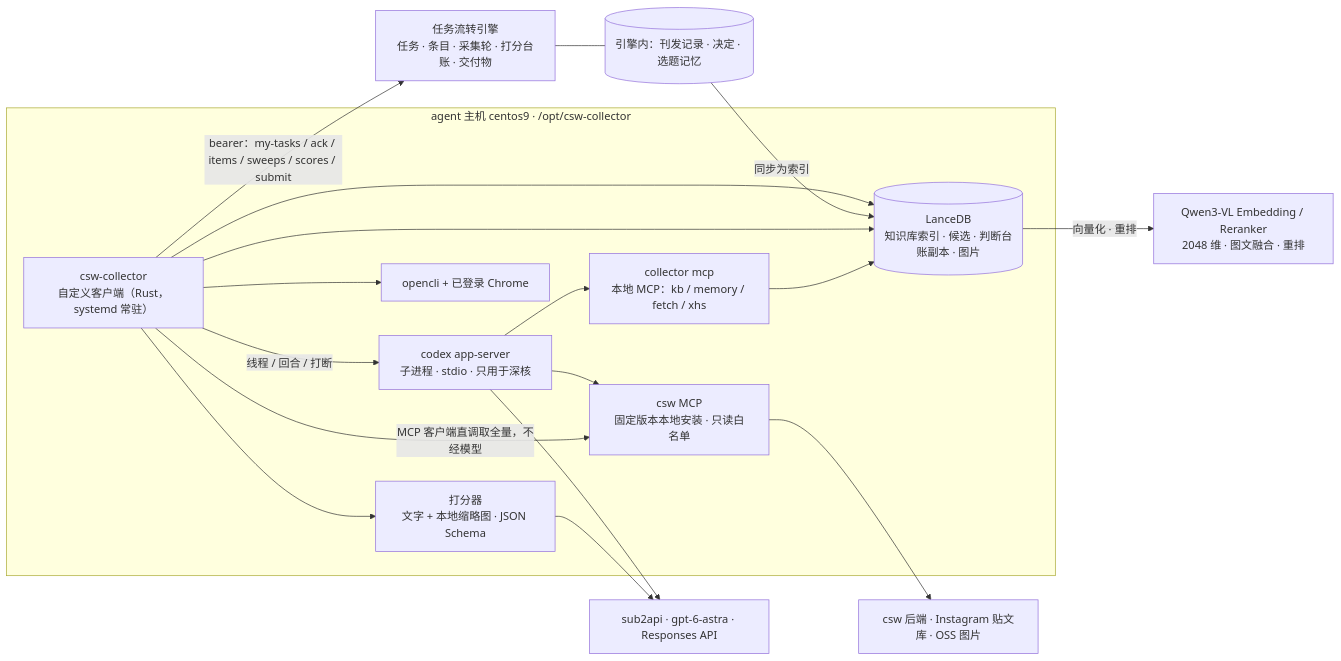
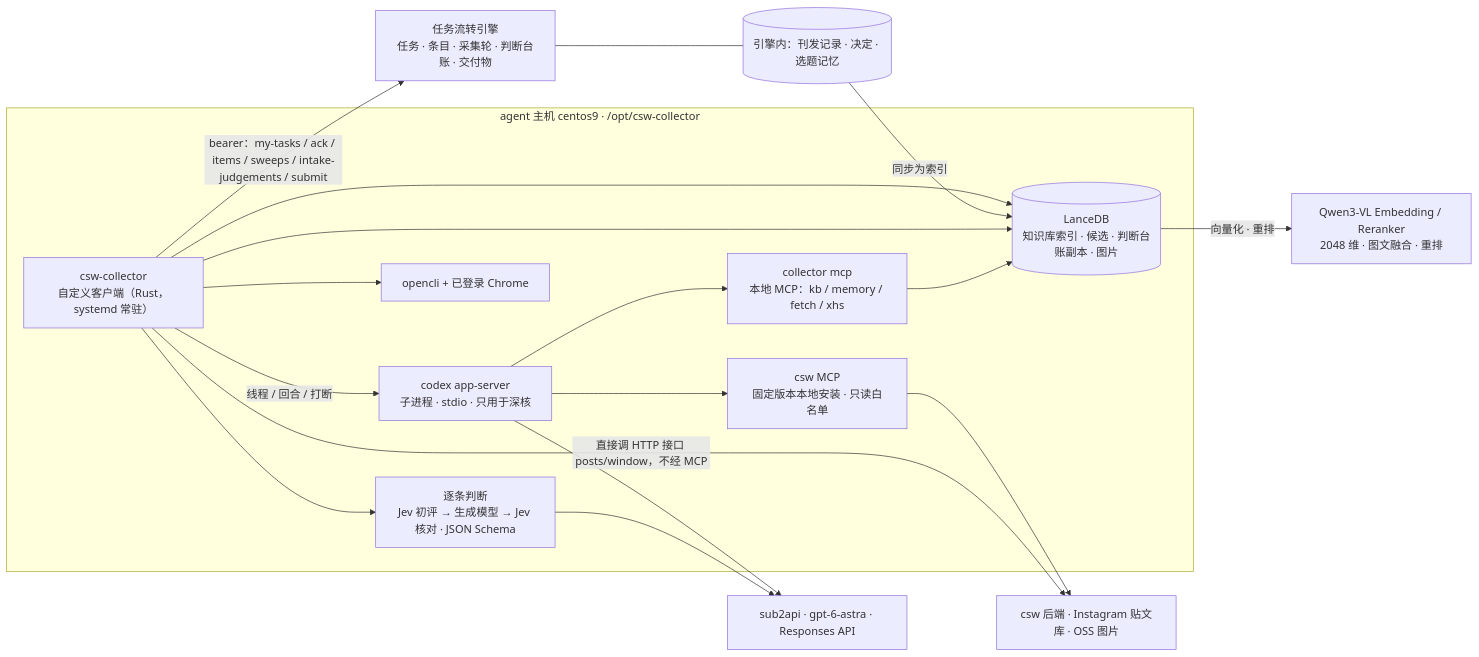
Before and after one commit to azure1489/csw-agent-team: the diagram in docs/情报收集员_Codex采集引擎方案_20260918.md, drawn with Mermaid. The commit also changed other lines of this file and 5 other files, not shown here.

````diff
--- a/docs/情报收集员_Codex采集引擎方案_20260918.md
+++ b/docs/情报收集员_Codex采集引擎方案_20260918.md
@@ -69,29 +70,29 @@
 ```mermaid
 flowchart LR
   subgraph HOST["agent 主机 centos9 · /opt/csw-collector"]
     C["csw-collector<br/>自定义客户端（Rust，systemd 常驻）"]
-    S["打分器<br/>文字 + 本地缩略图 · JSON Schema"]
+    S["逐条判断<br/>Jev 初评 → 生成模型 → Jev 核对 · JSON Schema"]
     X["codex app-server<br/>子进程 · stdio · 只用于深核"]
     T["collector mcp<br/>本地 MCP：kb / memory / fetch / xhs"]
     ST[("LanceDB<br/>知识库索引 · 候选 · 判断台账副本 · 图片")]
     O["opencli + 已登录 Chrome"]
     M["csw MCP<br/>固定版本本地安装 · 只读白名单"]
   end
-  E["任务流转引擎<br/>任务 · 条目 · 采集轮 · 打分台账 · 交付物"]
+  E["任务流转引擎<br/>任务 · 条目 · 采集轮 · 判断台账 · 交付物"]
   K[("引擎内：刊发记录 · 决定 · 选题记忆")]
   P["sub2api · gpt-6-astra · Responses API"]
   V["Qwen3-VL Embedding / Reranker<br/>2048 维 · 图文融合 · 重排"]
   B["csw 后端 · Instagram 贴文库 · OSS 图片"]
-  C -- "bearer：my-tasks / ack / items / sweeps / scores / submit" --> E
-  C -- "MCP 客户端直调取全量，不经模型" --> M
+  C -- "bearer：my-tasks / ack / items / sweeps / intake-judgements / submit" --> E
+  C -- "直接调 HTTP 接口 posts/window，不经 MCP" --> B
   C --> S --> P
   C -- "线程 / 回合 / 打断" --> X --> P
   X --> T --> ST
   C --> ST
   ST -- "向量化 · 重排" --> V
   K -- "同步为索引" --> ST
   X --> M --> B
   C --> ST
   C --> O
   E --- K
 ```
````
